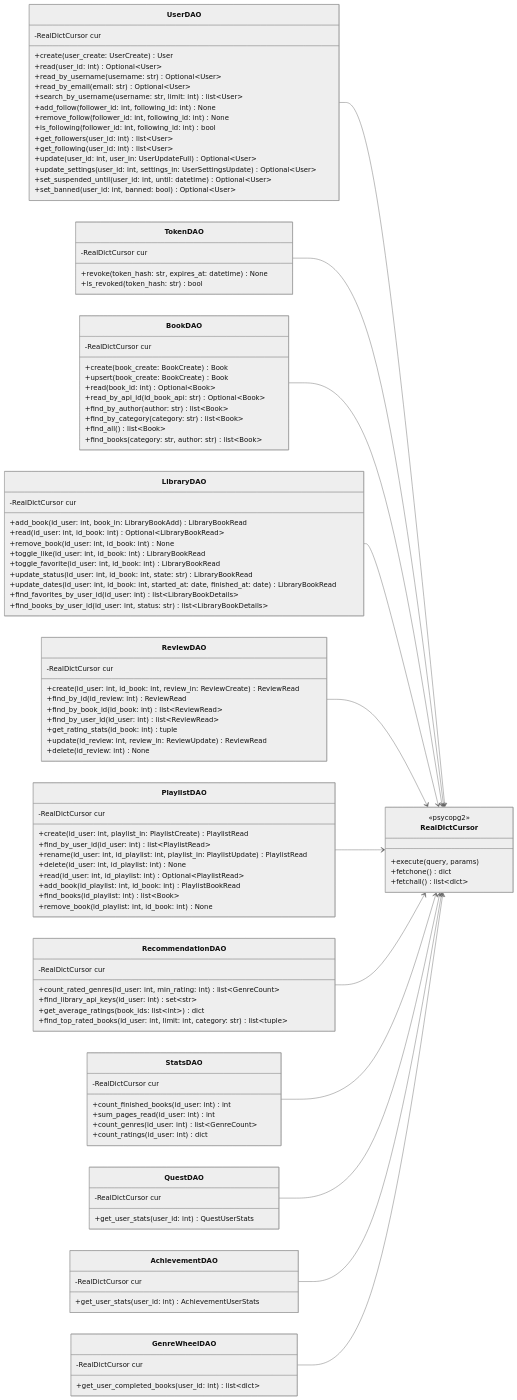
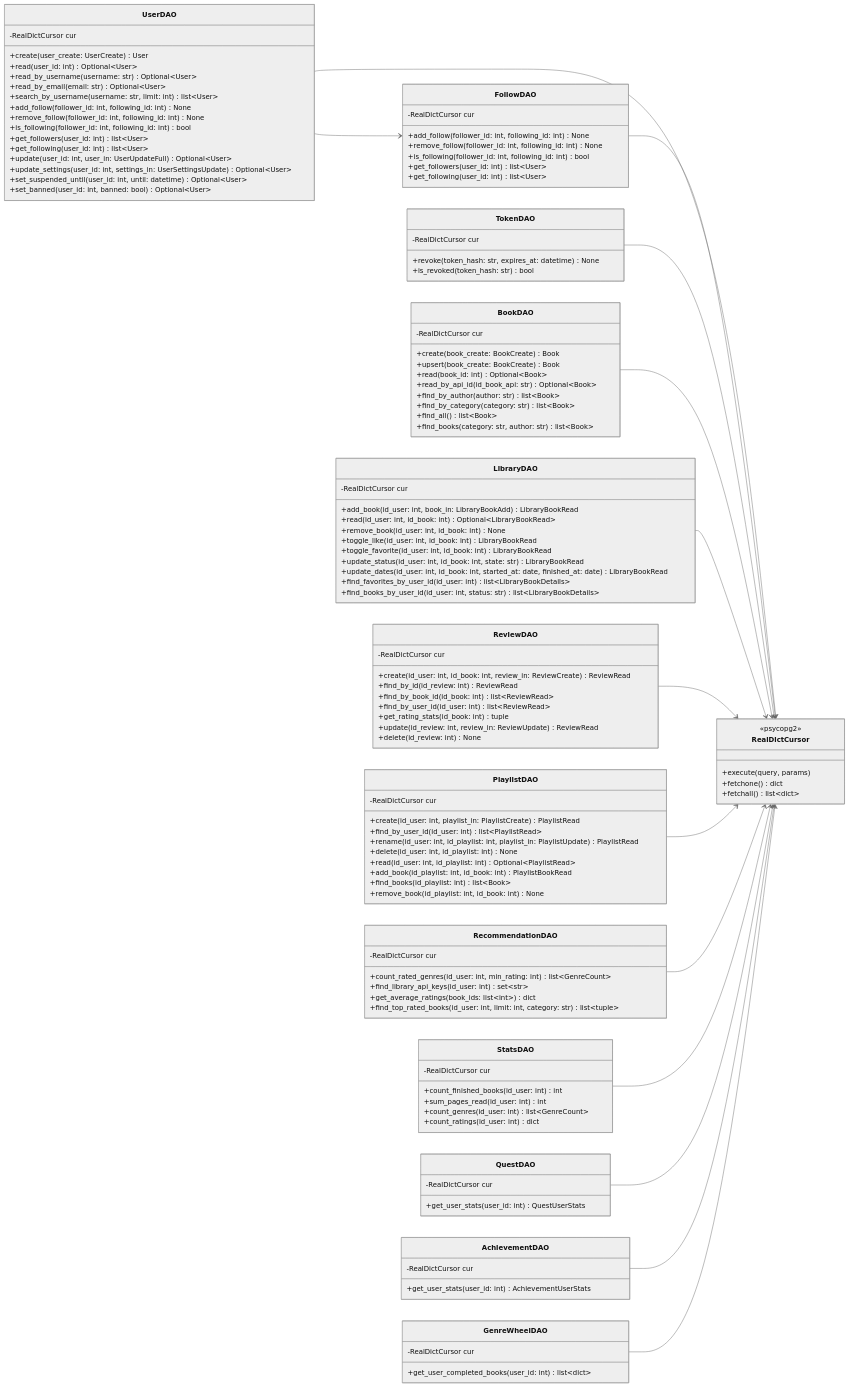
One commit to kevinbrgl/ensai-it-project-2a-team-27- changed the first of 2 diagrams in doc/class_dao_diagram.md. Above: the diagram before and after it, drawn with Mermaid (neutral theme). The commit also changed other lines of this file and 24 other files, not shown here.

```diff
--- a/doc/class_dao_diagram.md
+++ b/doc/class_dao_diagram.md
@@ -33,6 +33,14 @@
         +update_settings(user_id: int, settings_in: UserSettingsUpdate) Optional~User~
         +set_suspended_until(user_id: int, until: datetime) Optional~User~
         +set_banned(user_id: int, banned: bool) Optional~User~
+    }
+    class FollowDAO {
+        -RealDictCursor cur
+        +add_follow(follower_id: int, following_id: int) None
+        +remove_follow(follower_id: int, following_id: int) None
+        +is_following(follower_id: int, following_id: int) bool
+        +get_followers(user_id: int) list~User~
+        +get_following(user_id: int) list~User~
     }
     class TokenDAO {
         -RealDictCursor cur
@@ -111,6 +119,8 @@
     }
 
     UserDAO --> RealDictCursor
+    UserDAO --> FollowDAO
+    FollowDAO --> RealDictCursor
     TokenDAO --> RealDictCursor
     BookDAO --> RealDictCursor
     LibraryDAO --> RealDictCursor
```
